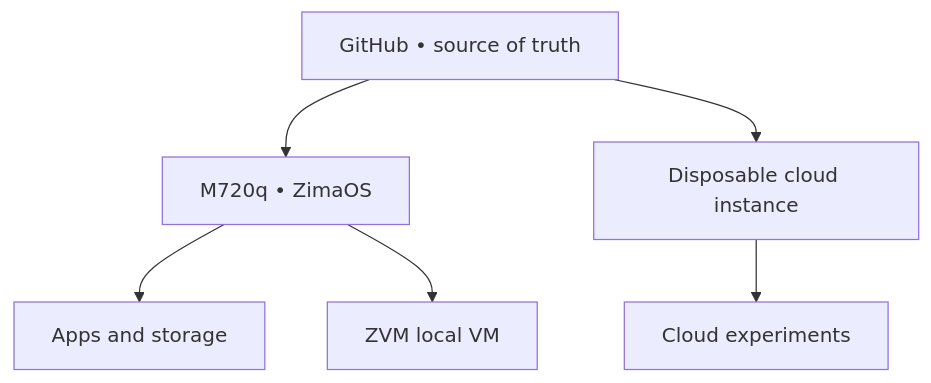
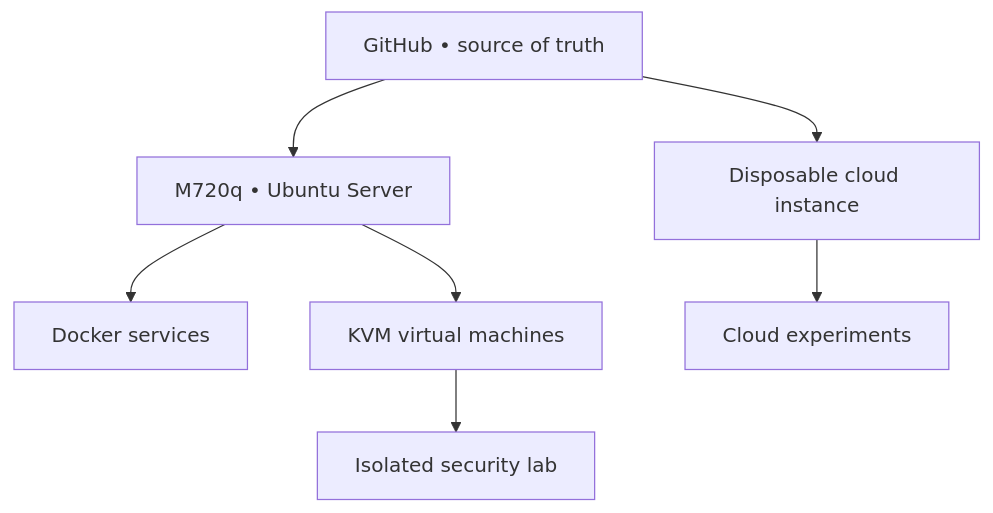
The diagram in README.md (Vewiser/vision-node-prototype), drawn with Mermaid before and after one commit. The commit also changed other lines of this file, not shown here.

Commit message:
docs: make Ubuntu Server the Prototype 01 foundation

````diff
--- a/README.md
+++ b/README.md
@@ -29,8 +32,9 @@
 ```mermaid
 flowchart TD
-    G["GitHub • source of truth"] --> Z["M720q • ZimaOS"]
+    G["GitHub • source of truth"] --> U["M720q • Ubuntu Server"]
     G --> C["Disposable cloud instance"]
-    Z --> A["Apps and storage"]
-    Z --> V["ZVM local VM"]
+    U --> D["Docker services"]
+    U --> V["KVM virtual machines"]
+    V --> S["Isolated security lab"]
     C --> E["Cloud experiments"]
 ```
````
